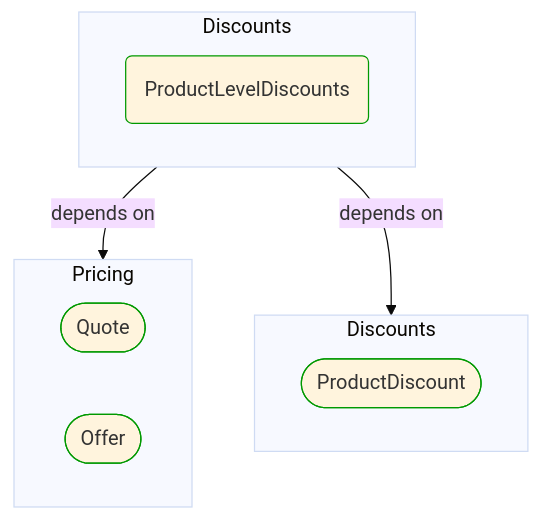
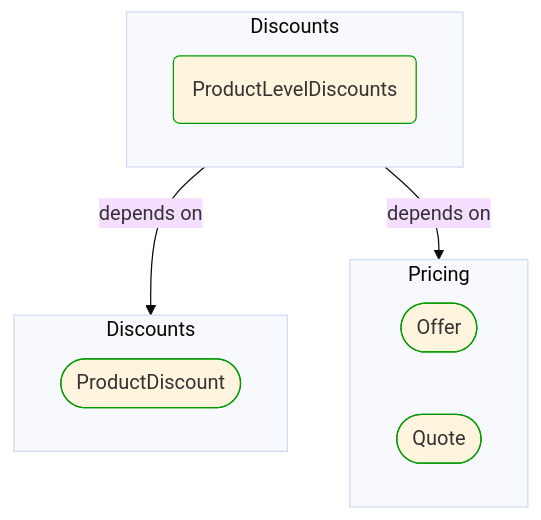
One commit to itlibrium/DDD-starter-dotnet changed the diagram in Docs/P3/MermaidOutput/BuildingBlocks/Sales/Pricing/Discounts/ProductLevelDiscounts.md. Above: the diagram before and after it, drawn with Mermaid (base theme). The commit also changed 78 other files, not shown here.

````diff
--- a/Docs/P3/MermaidOutput/BuildingBlocks/Sales/Pricing/Discounts/ProductLevelDiscounts.md
+++ b/Docs/P3/MermaidOutput/BuildingBlocks/Sales/Pricing/Discounts/ProductLevelDiscounts.md
@@ -18,22 +18,22 @@
 ```mermaid
   flowchart TB
     subgraph 0["Discounts"]
       1(ProductLevelDiscounts)
       class 1 DomainPerspective
     end
-    subgraph 2["Pricing"]
-      3([Quote])
+    subgraph 2["Discounts"]
+      3([ProductDiscount])
       class 3 DomainPerspective
-      4([Offer])
-      class 4 DomainPerspective
     end
-    subgraph 5["Discounts"]
-      6([ProductDiscount])
+    subgraph 4["Pricing"]
+      5([Offer])
+      class 5 DomainPerspective
+      6([Quote])
       class 6 DomainPerspective
     end
     0-->|depends on|2
-    0-->|depends on|5
+    0-->|depends on|4
     classDef DomainPerspective stroke:#009900
     classDef TechnologyPerspective stroke:#1F41EB
     classDef PeoplePerspective stroke:#FFF014
 ```
````
